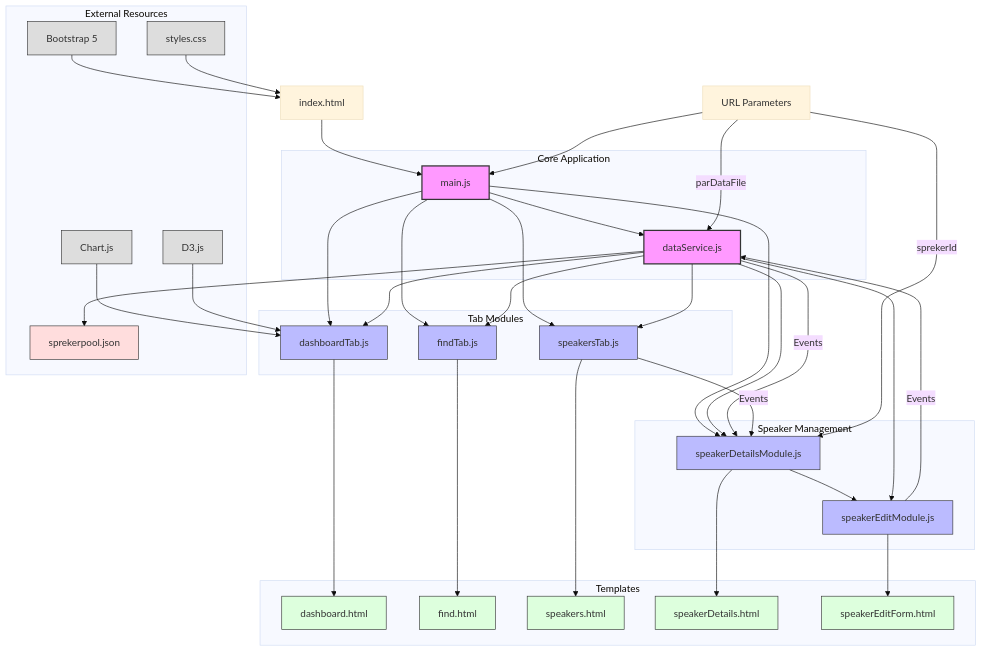
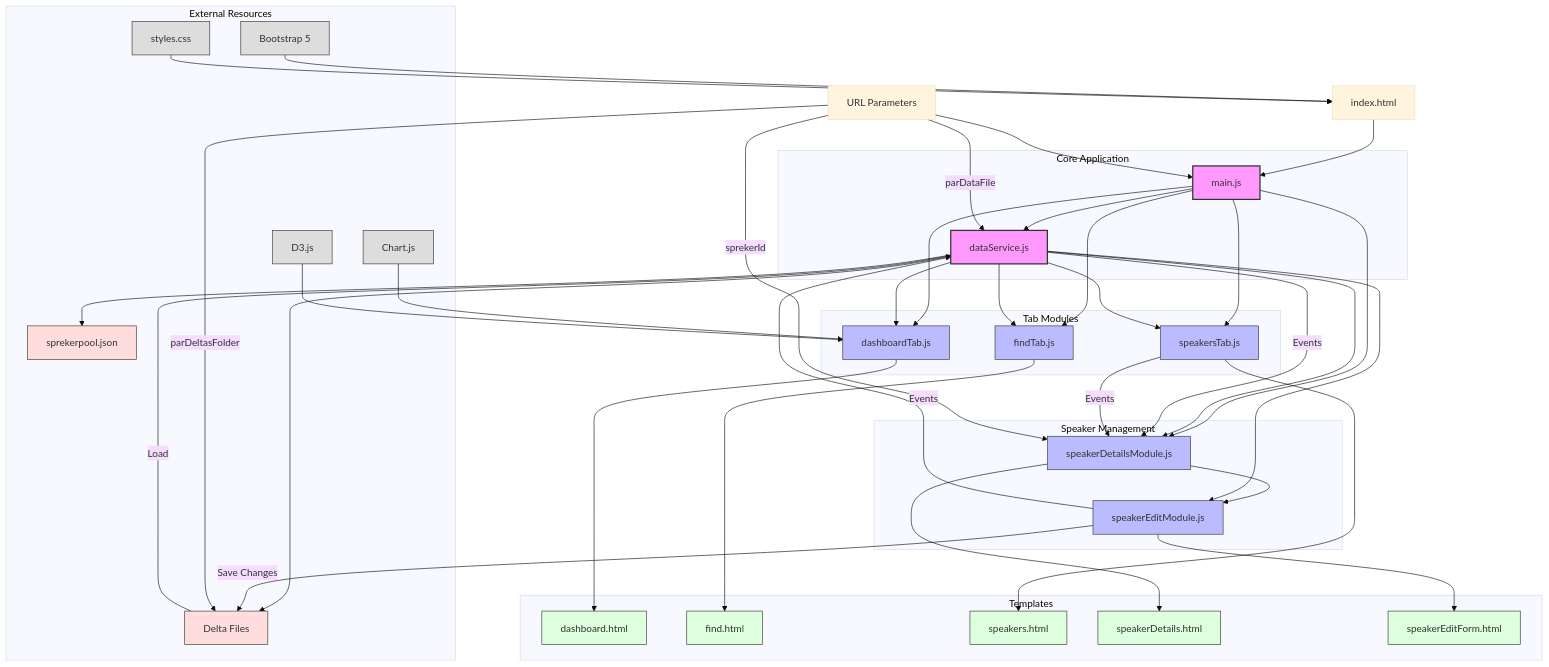
The diagram in architecture.md (lucasjellema/speakerpool-app), drawn with Mermaid (base theme) before and after one commit. The commit also changed other lines of this file and 3 other files, not shown here.

Commit message:
feat: add delta file support for persisting speaker data changes to remote end point and retrieving it

````diff
--- a/architecture.md
+++ b/architecture.md
@@ -48,6 +49,11 @@
     %% External Data
     C --> I[sprekerpool.json]
     
+    %% Delta Files
+    C --> O[Delta Files]
+    O -- "Load" --> C
+    H -- "Save Changes" --> O
+    
     %% External Libraries
     J[Bootstrap 5] --> A
     K[Chart.js] --> D
@@ -62,6 +68,7 @@
     M[URL Parameters] --> B
     M -- "sprekerId" --> G
     M -- "parDataFile" --> C
+    M -- "parDeltasFolder" --> O
     
     %% Styling
     N[styles.css] --> A
@@ -97,6 +104,7 @@
         K
         L
         N
+        O
     end
     
     %% Styling
@@ -109,6 +117,6 @@
     class B,C core;
     class D,E,F,G,H module;
     class D1,E1,F1,G1,H1 template;
-    class I data;
+    class I,O data;
     class J,K,L,N external;
 ```
````
